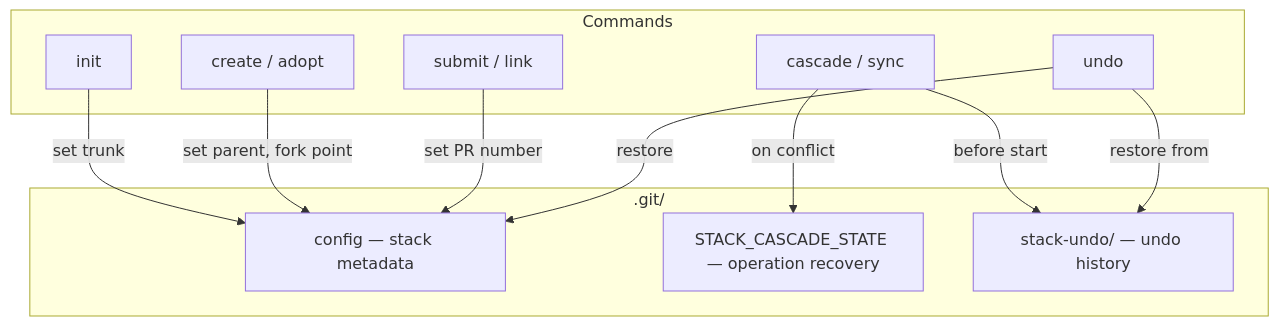
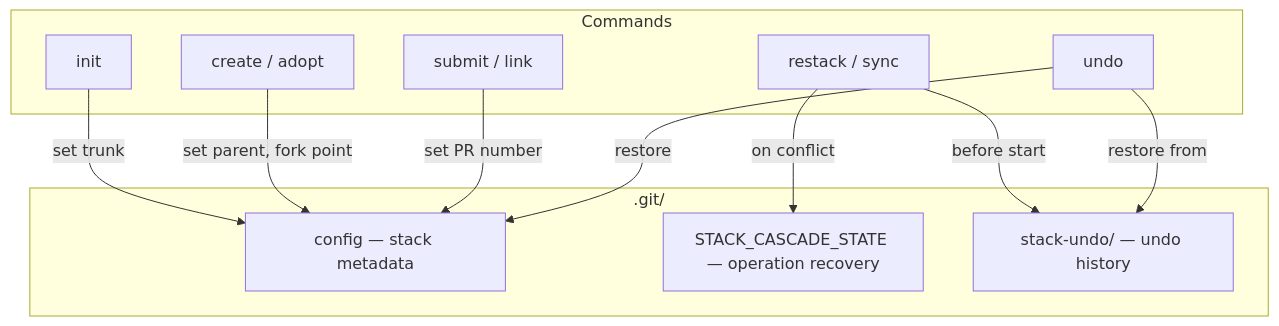
One commit to boneskull/gh-stack changed the diagram in ARCHITECTURE.md. Above: the diagram before and after it, drawn with Mermaid. The commit also changed other lines of this file and 10 other files, not shown here.

First line of the commit message:
feat: rename cascade command to restack, keep cascade as alias

````diff
--- a/ARCHITECTURE.md
+++ b/ARCHITECTURE.md
@@ -150,24 +150,24 @@
 ```mermaid
 flowchart TD
     subgraph commands [Commands]
         init[init]
         create[create / adopt]
         submit[submit / link]
-        cascade[cascade / sync]
+        restack[restack / sync]
         undoCmd[undo]
     end
 
     subgraph storage [".git/"]
         config["config — stack metadata"]
         state["STACK_CASCADE_STATE — operation recovery"]
         snapshots["stack-undo/ — undo history"]
     end
 
     init -->|set trunk| config
     create -->|set parent, fork point| config
     submit -->|set PR number| config
-    cascade -->|on conflict| state
-    cascade -->|before start| snapshots
+    restack -->|on conflict| state
+    restack -->|before start| snapshots
     undoCmd -->|restore from| snapshots
     undoCmd -->|restore| config
 ```
````
